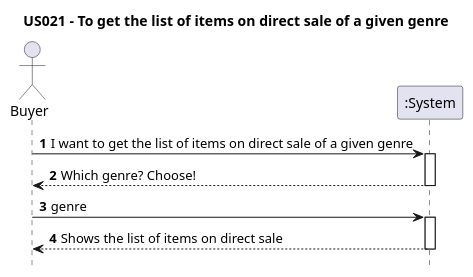
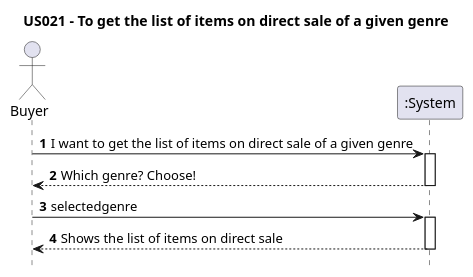
One commit to AndrePereiraGitH/SWitCH-Project-Team_A changed the diagram in Diagrams/SequenceDiagrams/N1/US021-to-get-the-list-of-items-on-direct-sale-of-a-given-genre.puml. Above: the diagram before and after it, drawn with PlantUML. The commit also changed 2 other files, not shown here.

Commit message:
Working on #99, #68, #69, updated SSD, SD and class diagram from US021

```diff
--- a/Diagrams/SequenceDiagrams/N1/US021-to-get-the-list-of-items-on-direct-sale-of-a-given-genre.puml
+++ b/Diagrams/SequenceDiagrams/N1/US021-to-get-the-list-of-items-on-direct-sale-of-a-given-genre.puml
@@ -1,23 +1,23 @@
 @startuml
 
 hide footbox
 autonumber
 title US021 - To get the list of items on direct sale of a given genre
 
 actor Buyer
 
 ' Participants
 participant ":System" as System
 
 ' Interactions
 
 Buyer -> System : I want to get the list of items on direct sale of a given genre
 activate System
 Buyer <-- System : Which genre? Choose!
 deactivate System
-Buyer -> System : genre
+Buyer -> System : selectedgenre
 activate System
 System --> Buyer : Shows the list of items on direct sale
 deactivate System
 
 @enduml
```
